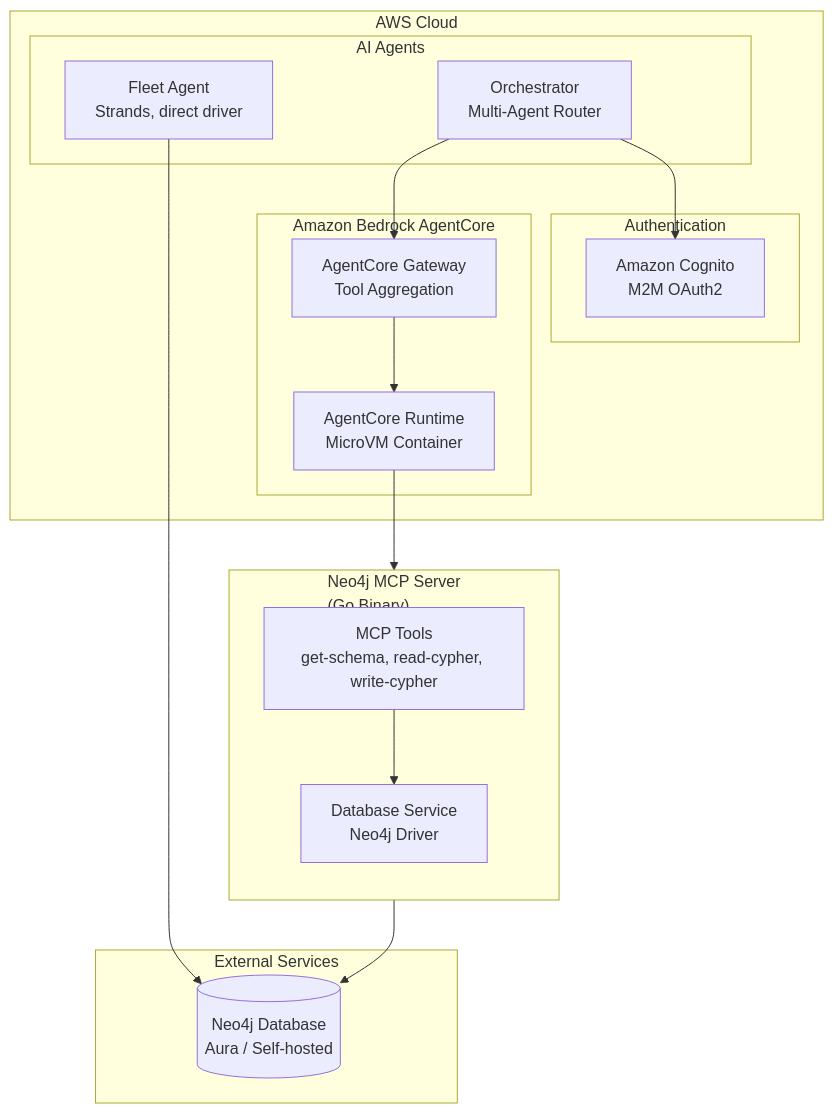
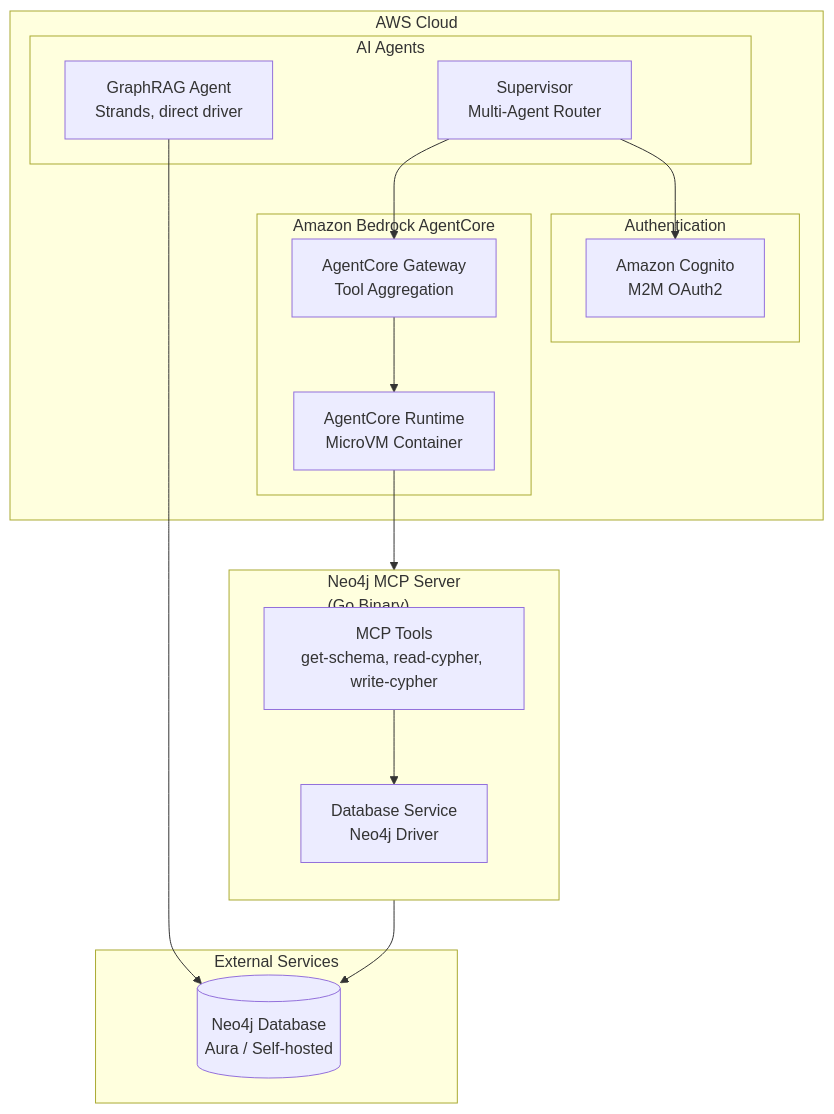
The first of 10 diagrams in docs/ARCHITECTURE.md (neo4j-partners/aws-starter), drawn with Mermaid before and after one commit. The commit also changed other lines of this file and 47 other files, not shown here.

````diff
--- a/docs/ARCHITECTURE.md
+++ b/docs/ARCHITECTURE.md
@@ -28,36 +28,36 @@
 ```mermaid
 flowchart TB
     subgraph External["External Services"]
         NEO4J[(Neo4j Database<br/>Aura / Self-hosted)]
     end
 
     subgraph MCP["Neo4j MCP Server<br/>(Go Binary)"]
         direction TB
         TOOLS[MCP Tools<br/>get-schema, read-cypher, write-cypher]
         DB_SVC[Database Service<br/>Neo4j Driver]
         TOOLS --> DB_SVC
     end
 
     subgraph AWS["AWS Cloud"]
         subgraph AgentCore["Amazon Bedrock AgentCore"]
             RUNTIME[AgentCore Runtime<br/>MicroVM Container]
             GATEWAY[AgentCore Gateway<br/>Tool Aggregation]
         end
 
         subgraph Agents["AI Agents"]
-            FLEET[Fleet Agent<br/>Strands, direct driver]
-            ORCH[Orchestrator<br/>Multi-Agent Router]
+            FLEET[GraphRAG Agent<br/>Strands, direct driver]
+            ORCH[Supervisor<br/>Multi-Agent Router]
         end
 
         subgraph Auth["Authentication"]
             COGNITO[Amazon Cognito<br/>M2M OAuth2]
         end
     end
 
     RUNTIME --> MCP
     MCP --> NEO4J
     GATEWAY --> RUNTIME
     FLEET --> NEO4J
     ORCH --> GATEWAY
     ORCH --> COGNITO
 ```
````
